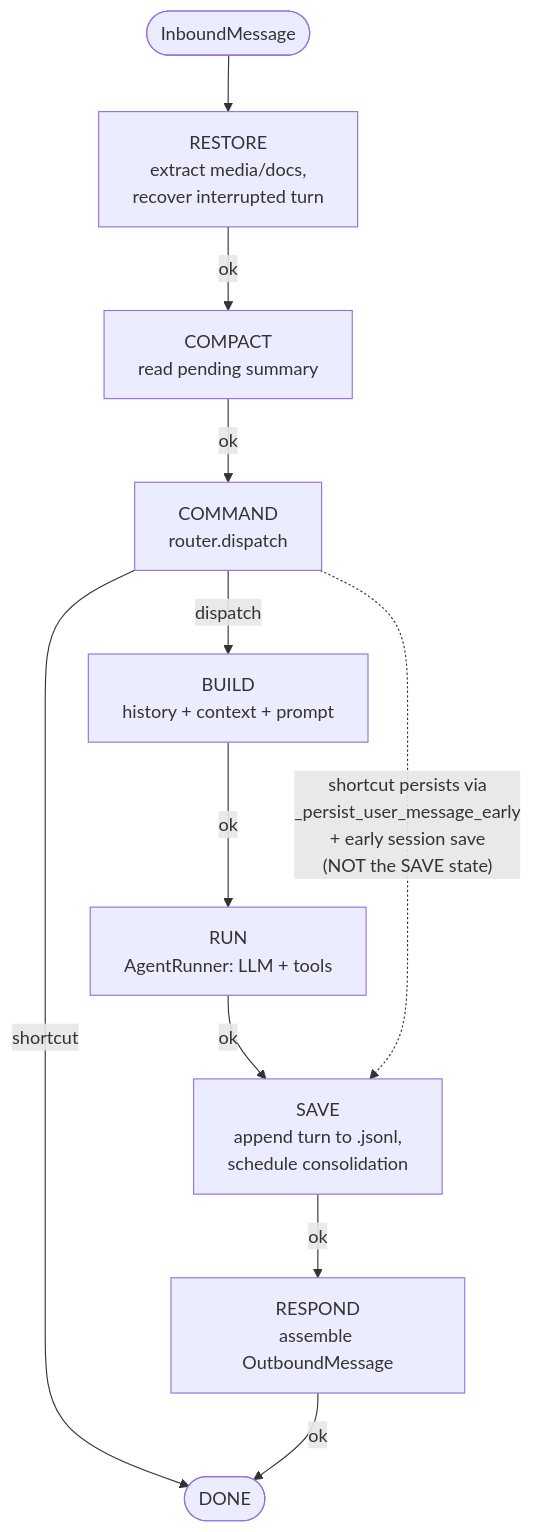
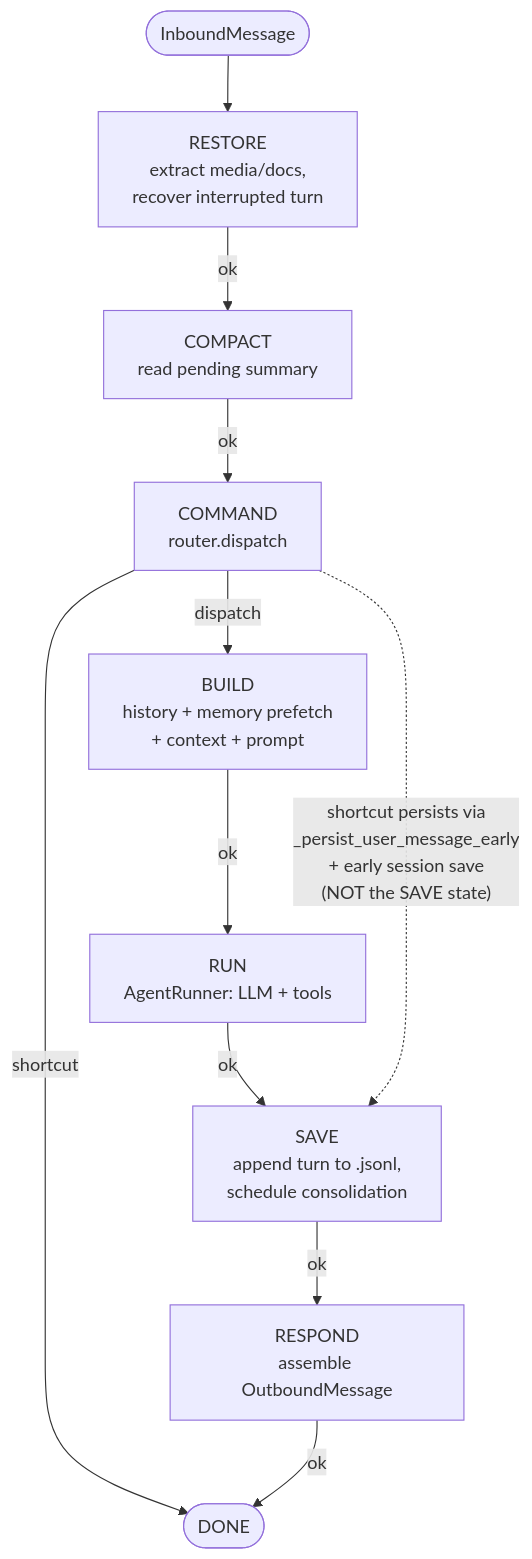
One commit to mmarmol/durin changed the first of 3 diagrams in docs/internals/loop.md. Above: the diagram before and after it, drawn with Mermaid. The commit also changed other lines of this file and 10 other files, not shown here.

````diff
--- a/docs/internals/loop.md
+++ b/docs/internals/loop.md
@@ -87,13 +87,13 @@
 ```mermaid
 flowchart TD
     In([InboundMessage]) --> Restore["RESTORE<br/>extract media/docs,<br/>recover interrupted turn"]
     Restore -->|ok| Compact["COMPACT<br/>read pending summary"]
     Compact -->|ok| Command["COMMAND<br/>router.dispatch"]
-    Command -->|dispatch| Build["BUILD<br/>history + context + prompt"]
+    Command -->|dispatch| Build["BUILD<br/>history + memory prefetch<br/>+ context + prompt"]
     Command -->|shortcut| Done([DONE])
     Build -->|ok| Run["RUN<br/>AgentRunner: LLM + tools"]
     Run -->|ok| Save["SAVE<br/>append turn to .jsonl,<br/>schedule consolidation"]
     Save -->|ok| Respond["RESPOND<br/>assemble OutboundMessage"]
     Respond -->|ok| Done
     Command -.->|"shortcut persists via<br/>_persist_user_message_early<br/>+ early session save<br/>(NOT the SAVE state)"| Save
 ```
````
